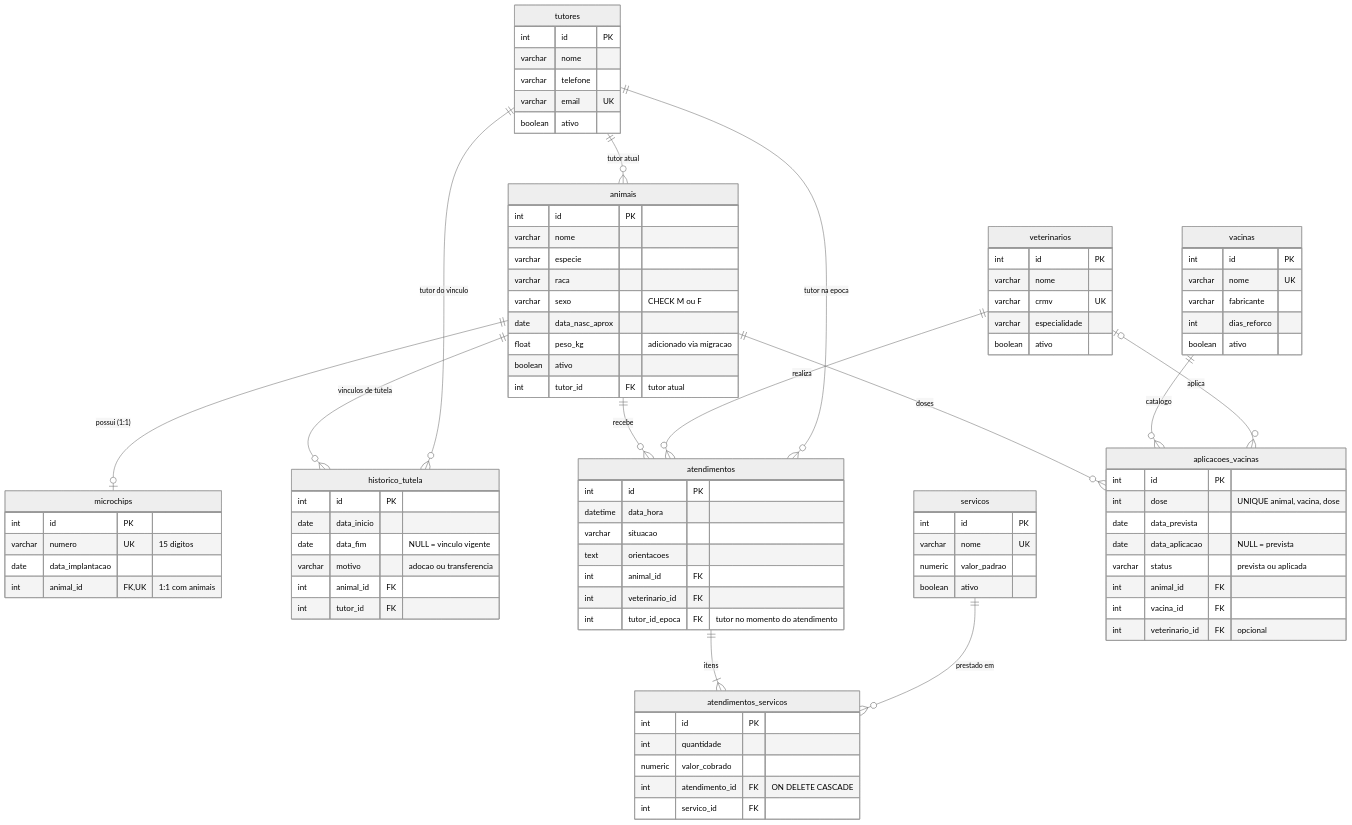
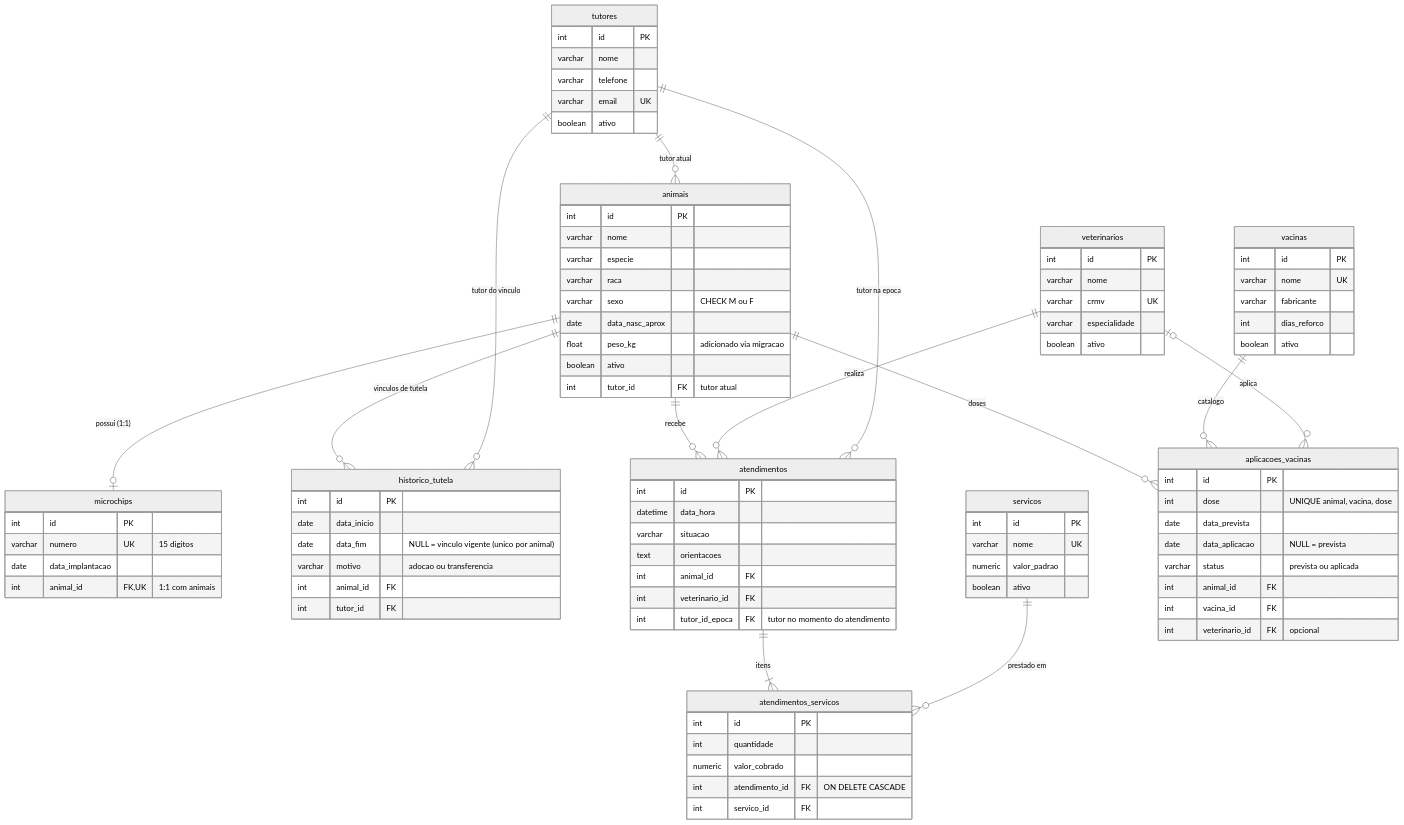
One commit to alan-olvr/petshop-api-tbp2 changed the diagram in README.md. Above: the diagram before and after it, drawn with Mermaid (neutral theme). The commit also changed other lines of this file and 10 other files, not shown here.

```diff
--- a/README.md
+++ b/README.md
@@ -111,7 +248,7 @@
     animais ||--o{ aplicacoes_vacinas : "doses"
     vacinas ||--o{ aplicacoes_vacinas : "catalogo"
     veterinarios |o--o{ aplicacoes_vacinas : "aplica"
- 
+
     tutores {
         int id PK
         varchar nome
@@ -119,7 +256,7 @@
         varchar email UK
         boolean ativo
     }
- 
+
     animais {
         int id PK
         varchar nome
@@ -131,23 +268,23 @@
         boolean ativo
         int tutor_id FK "tutor atual"
     }
- 
+
     microchips {
         int id PK
         varchar numero UK "15 digitos"
         date data_implantacao
         int animal_id FK, UK "1:1 com animais"
     }
- 
+
     historico_tutela {
         int id PK
         date data_inicio
-        date data_fim "NULL = vinculo vigente"
+        date data_fim "NULL = vinculo vigente (unico por animal)"
         varchar motivo "adocao ou transferencia"
         int animal_id FK
         int tutor_id FK
     }
- 
+
     veterinarios {
         int id PK
         varchar nome
@@ -155,14 +292,14 @@
         varchar especialidade
         boolean ativo
     }
- 
+
     servicos {
         int id PK
         varchar nome UK
         numeric valor_padrao
         boolean ativo
     }
- 
+
     atendimentos {
         int id PK
         datetime data_hora
@@ -172,7 +309,7 @@
         int veterinario_id FK
         int tutor_id_epoca FK "tutor no momento do atendimento"
     }
- 
+
     atendimentos_servicos {
         int id PK
         int quantidade
@@ -180,7 +317,7 @@
         int atendimento_id FK "ON DELETE CASCADE"
         int servico_id FK
     }
- 
+
     vacinas {
         int id PK
         varchar nome UK
@@ -188,7 +325,7 @@
         int dias_reforco
         boolean ativo
     }
- 
+
     aplicacoes_vacinas {
         int id PK
         int dose "UNIQUE animal, vacina, dose"
```
